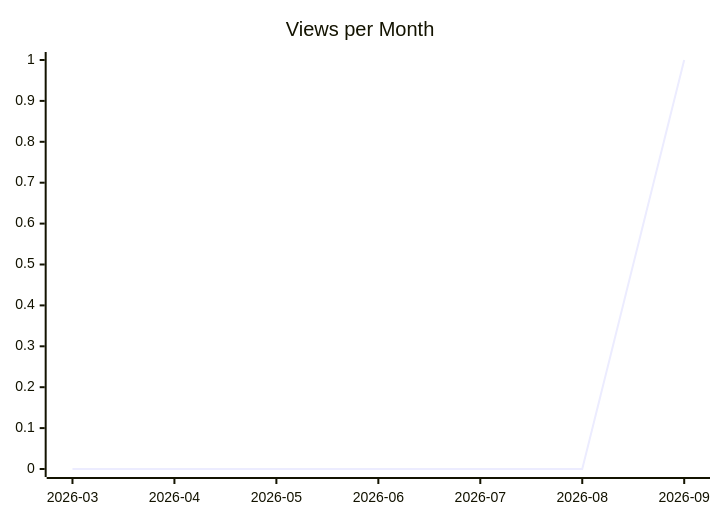
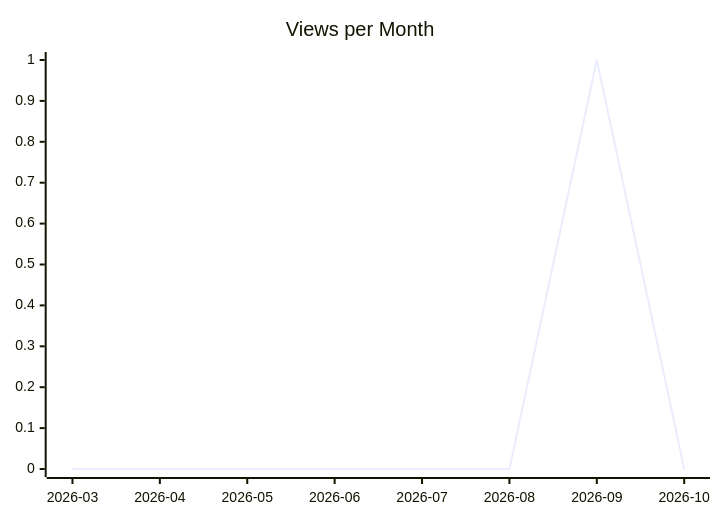
Before and after one commit to justdavis-family/github-analytics-data: the second of 3 diagrams in karlmdavis/liquibase/README.md, drawn with Mermaid. The commit also changed other lines of this file and 202 other files, not shown here.

````diff
--- a/karlmdavis/liquibase/README.md
+++ b/karlmdavis/liquibase/README.md
@@ -12,6 +12,6 @@
 ```mermaid
 xychart-beta
   title "Views per Month"
-  x-axis ["2026-03", "2026-04", "2026-05", "2026-06", "2026-07", "2026-08", "2026-09"]
-  line [0, 0, 0, 0, 0, 0, 1]
+  x-axis ["2026-03", "2026-04", "2026-05", "2026-06", "2026-07", "2026-08", "2026-09", "2026-10"]
+  line [0, 0, 0, 0, 0, 0, 1, 0]
 ```
````
